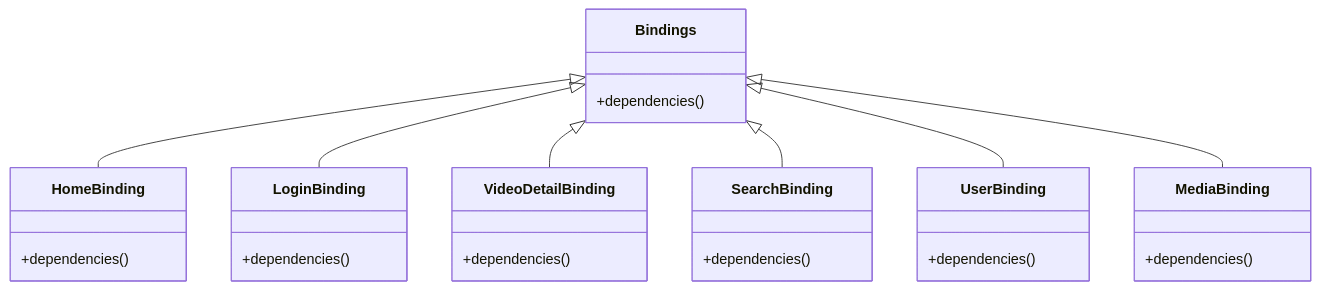
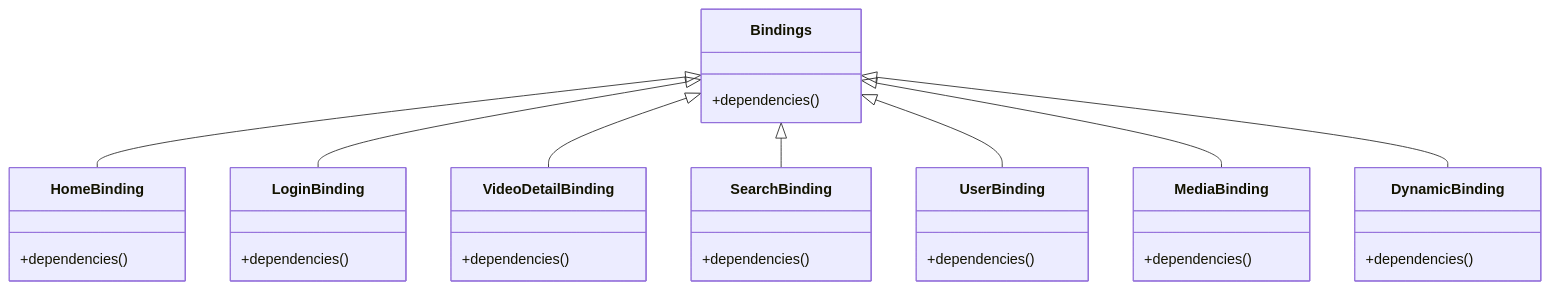
The fourth of 11 diagrams in .qoder/repowiki/zh/content/核心模块/路由系统.md (justLXX/pilipala), drawn with Mermaid before and after one commit. The commit also changed other lines of this file and 194 other files, not shown here.

````diff
--- a/.qoder/repowiki/zh/content/核心模块/路由系统.md
+++ b/.qoder/repowiki/zh/content/核心模块/路由系统.md
@@ -145,30 +192,34 @@
 ```mermaid
 classDiagram
 class Bindings {
 +dependencies()
 }
 class HomeBinding {
 +dependencies()
 }
 class LoginBinding {
 +dependencies()
 }
 class VideoDetailBinding {
 +dependencies()
 }
 class SearchBinding {
 +dependencies()
 }
 class UserBinding {
 +dependencies()
 }
 class MediaBinding {
 +dependencies()
 }
+class DynamicBinding {
++dependencies()
+}
 Bindings <|-- HomeBinding
 Bindings <|-- LoginBinding
 Bindings <|-- VideoDetailBinding
 Bindings <|-- SearchBinding
 Bindings <|-- UserBinding
 Bindings <|-- MediaBinding
+Bindings <|-- DynamicBinding
 ```
````
